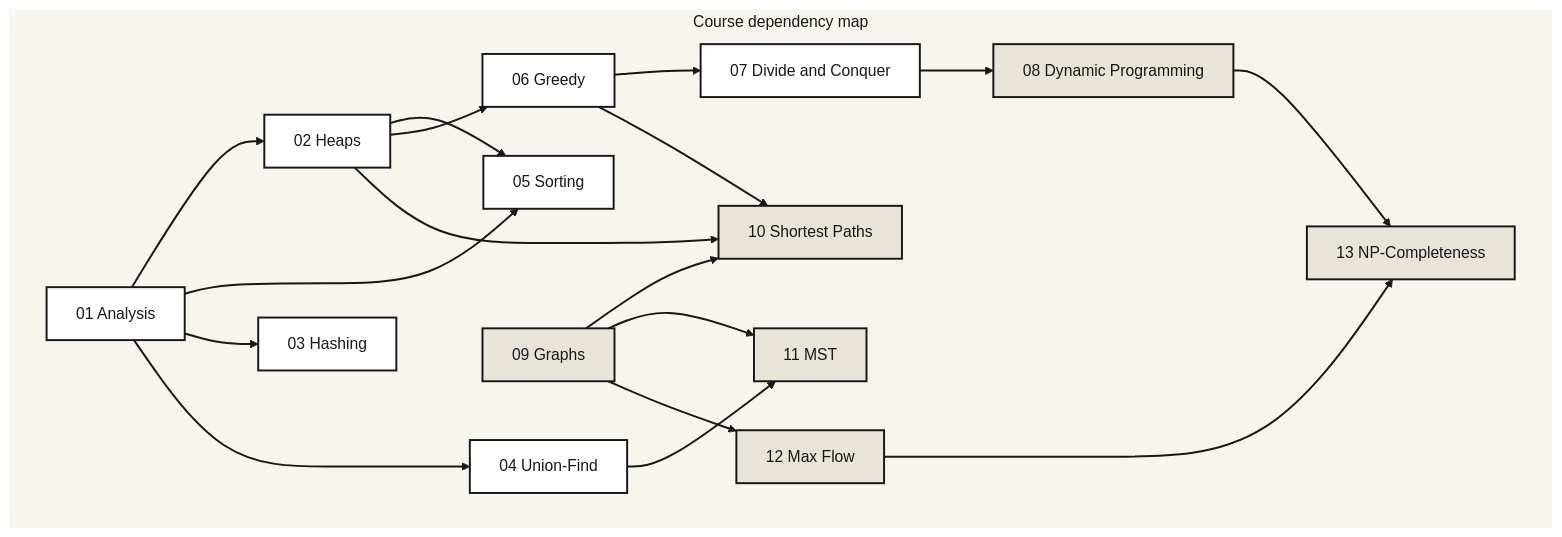
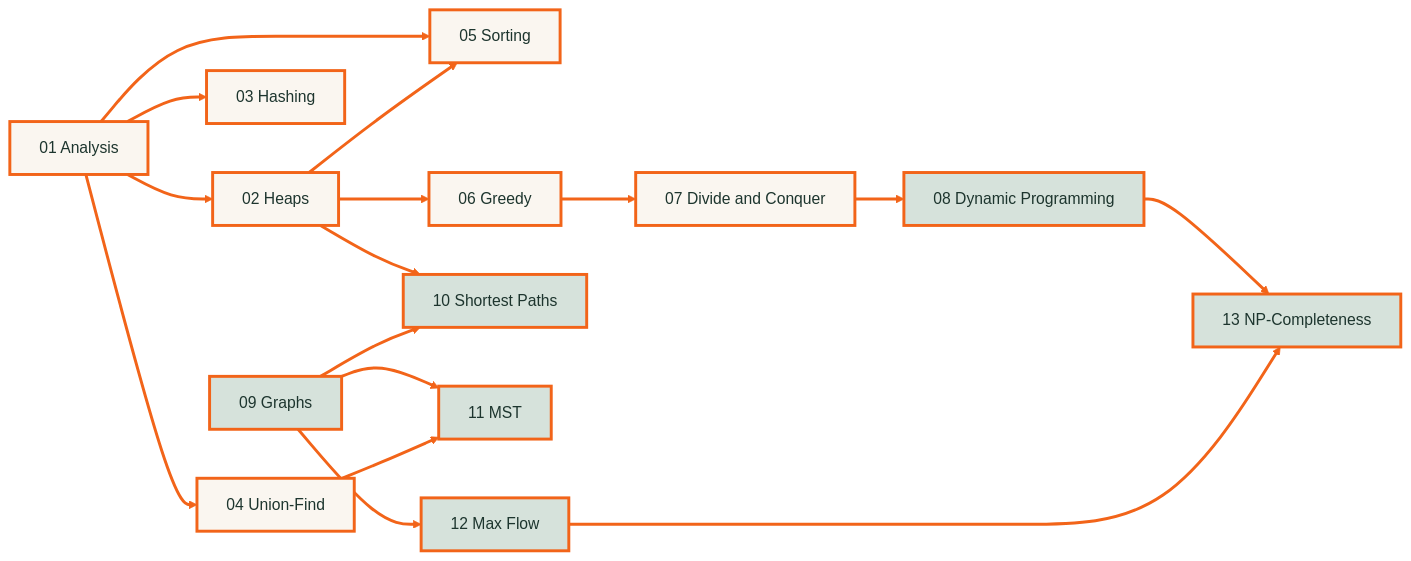
Before and after one commit to PanagopoulosNikolaos/DitOpenNotes: the first of 2 diagrams in Year_3/Semester_5/ALGORITHMS_AND_COMPLEXITY/Resources/Meta/agent_instructions.md, drawn with Mermaid. The commit also changed other lines of this file, not shown here.

Commit message:
chore(agent): tighten mermaid rules and simplify course map diagram

````diff
--- a/Year_3/Semester_5/ALGORITHMS_AND_COMPLEXITY/Resources/Meta/agent_instructions.md
+++ b/Year_3/Semester_5/ALGORITHMS_AND_COMPLEXITY/Resources/Meta/agent_instructions.md
@@ -97,30 +97,27 @@
 ```mermaid
-%%{init: {"theme": "base", "themeVariables": {"background": "#F8F5EE", "primaryColor": "#FFFFFF", "primaryTextColor": "#18181B", "primaryBorderColor": "#18181B", "lineColor": "#18181B", "textColor": "#18181B", "nodeTextColor": "#18181B", "titleColor": "#18181B", "edgeLabelBackground": "#F8F5EE", "clusterBkg": "#F8F5EE", "clusterBorder": "#F8F5EE", "fontFamily": "sans-serif"}}}%%
+%%{init: {"theme": "base", "themeVariables": {"primaryColor": "#FAF6F0", "primaryTextColor": "#1D352E", "primaryBorderColor": "#F26419", "lineColor": "#F26419", "textColor": "#1D352E", "edgeLabelBackground": "#FAF6F0", "fontFamily": "sans-serif"}}}%%
 flowchart LR
-    subgraph canvas["Course dependency map"]
-        direction LR
-        s01["01 Analysis"] --> s02["02 Heaps"]
-        s01 --> s05["05 Sorting"]
-        s02 --> s05
-        s02 --> s06["06 Greedy"]
-        s01 --> s03["03 Hashing"]
-        s01 --> s04["04 Union-Find"]
-        s04 --> s11["11 MST"]
-        s06 --> s07["07 Divide and Conquer"]
-        s07 --> s08["08 Dynamic Programming"]
-        s06 --> s10["10 Shortest Paths"]
-        s02 --> s10
-        s09["09 Graphs"] --> s10
-        s09 --> s11
-        s09 --> s12["12 Max Flow"]
-        s12 --> s13["13 NP-Completeness"]
-        s08 --> s13
-    end
+    s01["01 Analysis"] --> s02["02 Heaps"]
+    s01 --> s03["03 Hashing"]
+    s01 --> s04["04 Union-Find"]
+    s01 --> s05["05 Sorting"]
+    s02 --> s05
+    s02 --> s06["06 Greedy"]
+    s06 --> s07["07 Divide and Conquer"]
+    s07 --> s08["08 Dynamic Programming"]
+    s02 --> s10["10 Shortest Paths"]
+    s09["09 Graphs"] --> s10
+    s09 --> s11["11 MST"]
+    s04 --> s11
+    s09 --> s12["12 Max Flow"]
+    s08 --> s13["13 NP-Completeness"]
+    s12 --> s13
     class s01,s02,s03,s04,s05,s06,s07 base
-    class s08,s09,s10,s11,s12,s13 muted
-    style canvas fill:#F8F5EE,stroke:#F8F5EE,color:#18181B
-    classDef default fill:#FFFFFF,stroke:#18181B,stroke-width:2px,color:#18181B
-    classDef base fill:#FFFFFF,stroke:#18181B,stroke-width:2px,color:#18181B
-    classDef muted fill:#E9E4D8,stroke:#18181B,stroke-width:2px,color:#18181B
-    linkStyle default stroke:#18181B,stroke-width:2px
+    class s08,s09,s10,s11,s12,s13 soft
+    classDef default fill:#FAF6F0,stroke:#F26419,stroke-width:3px,color:#1D352E
+    classDef base fill:#FAF6F0,stroke:#F26419,stroke-width:3px,color:#1D352E
+    classDef soft fill:#D6E2DB,stroke:#F26419,stroke-width:3px,color:#1D352E
+    classDef mark fill:#FAF6F0,stroke:#F26419,stroke-width:6px,color:#1D352E
+    classDef focus fill:#F26419,stroke:#F26419,stroke-width:3px,color:#0F1F1A
+    linkStyle default stroke:#F26419,stroke-width:3px
 ```
````
